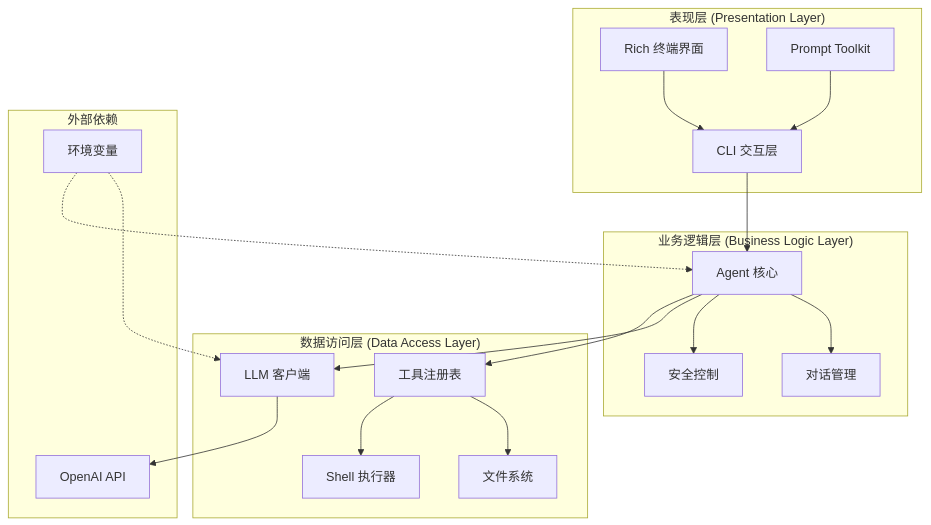
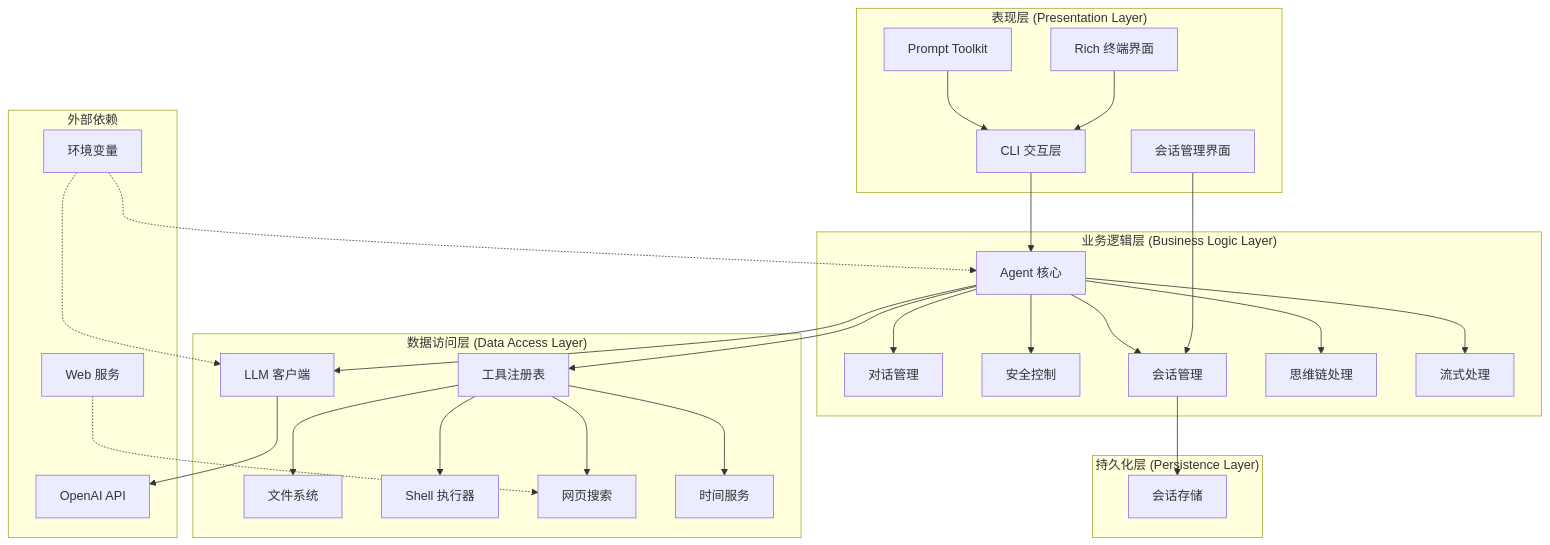
One commit to 250shiwo/MySmallAgent changed the sixth of 9 diagrams in .qoder/repowiki/zh/content/项目概述.md. Above: the diagram before and after it, drawn with Mermaid. The commit also changed other lines of this file and 41 other files, not shown here.

````diff
--- a/.qoder/repowiki/zh/content/项目概述.md
+++ b/.qoder/repowiki/zh/content/项目概述.md
@@ -267,35 +303,53 @@
 ```mermaid
 graph TB
 subgraph "表现层 (Presentation Layer)"
 CLI[CLI 交互层]
 RichUI[Rich 终端界面]
 PT[Prompt Toolkit]
+SessionUI[会话管理界面]
 end
 subgraph "业务逻辑层 (Business Logic Layer)"
 Agent[Agent 核心]
 Conversation[对话管理]
 Safety[安全控制]
+SessionMgr[会话管理]
+Thinking[思维链处理]
+Streaming[流式处理]
 end
 subgraph "数据访问层 (Data Access Layer)"
 LLMClient[LLM 客户端]
 ToolRegistry[工具注册表]
 FileSystem[文件系统]
 Shell[Shell 执行器]
+WebSearch[网页搜索]
+TimeService[时间服务]
+end
+subgraph "持久化层 (Persistence Layer)"
+SessionStore[会话存储]
 end
 subgraph "外部依赖"
 OpenAI[OpenAI API]
 Environment[环境变量]
+WebServices[Web 服务]
 end
 CLI --> Agent
 RichUI --> CLI
 PT --> CLI
+SessionUI --> SessionMgr
 Agent --> Conversation
 Agent --> Safety
+Agent --> Thinking
+Agent --> Streaming
 Agent --> LLMClient
 Agent --> ToolRegistry
+Agent --> SessionMgr
 LLMClient --> OpenAI
 ToolRegistry --> FileSystem
 ToolRegistry --> Shell
+ToolRegistry --> WebSearch
+ToolRegistry --> TimeService
+SessionMgr --> SessionStore
 Environment -.-> LLMClient
 Environment -.-> Agent
+WebServices -.-> WebSearch
 ```
````
